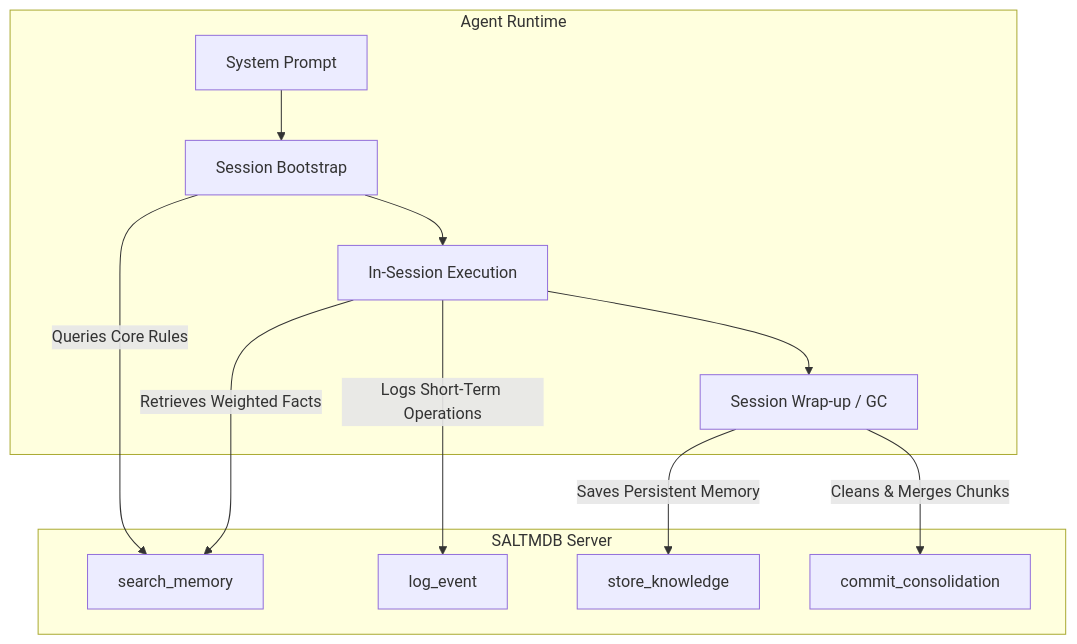
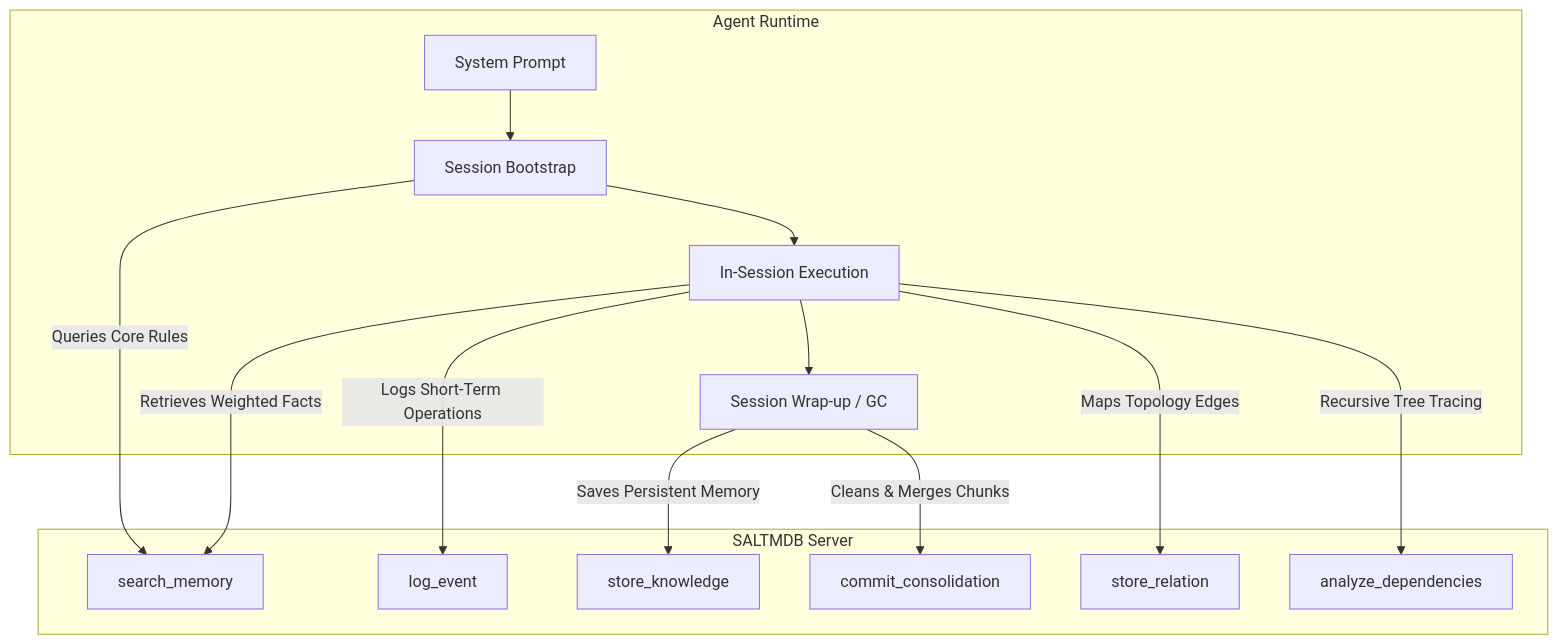
The first of 2 diagrams in AGENT_GUIDE.md (zbalint/SALTMDB), drawn with Mermaid before and after one commit. The commit also changed other lines of this file and 9 other files, not shown here.

Commit message:
Release v0.1.0-alpha.7: Implement multi-agent target isolation, upsert behavior, temporal SCD versioning, graph relations with recursive CTE traversal, dynamic importance scoring, and database viewer improvements

````diff
--- a/AGENT_GUIDE.md
+++ b/AGENT_GUIDE.md
@@ -11,15 +11,17 @@
 ```mermaid
 graph TD
     subgraph Client [Agent Runtime]
         A[System Prompt] --> B[Session Bootstrap]
         B --> C[In-Session Execution]
         C --> D[Session Wrap-up / GC]
     end
     subgraph MCP [SALTMDB Server]
         B -->|Queries Core Rules| E[search_memory]
         C -->|Logs Short-Term Operations| F[log_event]
         C -->|Retrieves Weighted Facts| E
         D -->|Saves Persistent Memory| G[store_knowledge]
         D -->|Cleans & Merges Chunks| H[commit_consolidation]
+        C -->|Maps Topology Edges| I[store_relation]
+        C -->|Recursive Tree Tracing| J[analyze_dependencies]
     end
 ```
````
